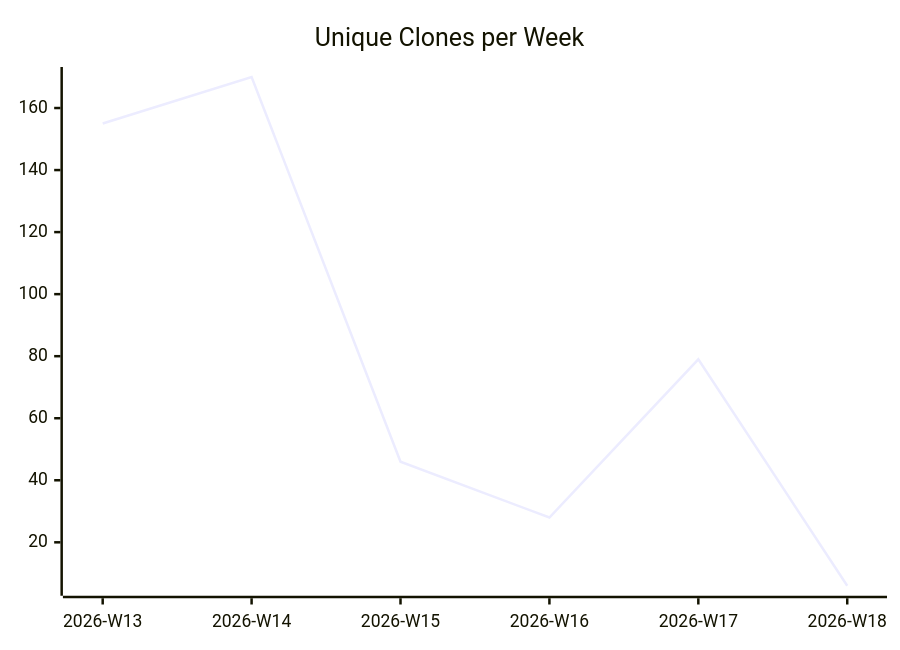
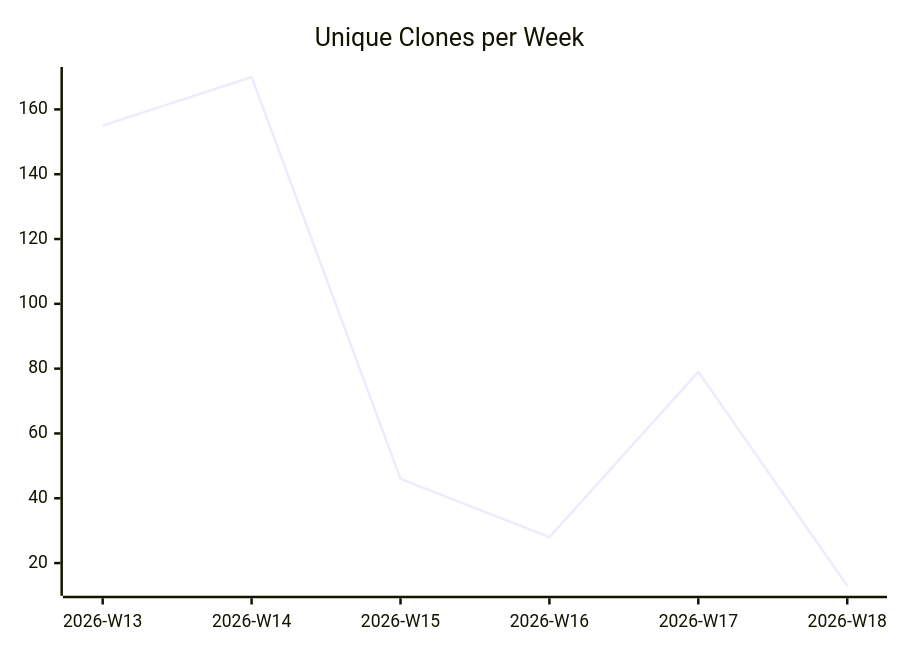
Before and after one commit to justdavis-family/github-analytics-data: the third of 3 diagrams in karlmdavis/justdavis-finances/README.md, drawn with Mermaid. The commit also changed other lines of this file and 187 other files, not shown here.

````diff
--- a/karlmdavis/justdavis-finances/README.md
+++ b/karlmdavis/justdavis-finances/README.md
@@ -19,6 +19,6 @@
 ```mermaid
 xychart-beta
   title "Unique Clones per Week"
   x-axis ["2026-W13", "2026-W14", "2026-W15", "2026-W16", "2026-W17", "2026-W18"]
-  line [155, 170, 46, 28, 79, 6]
+  line [155, 170, 46, 28, 79, 13]
 ```
````
